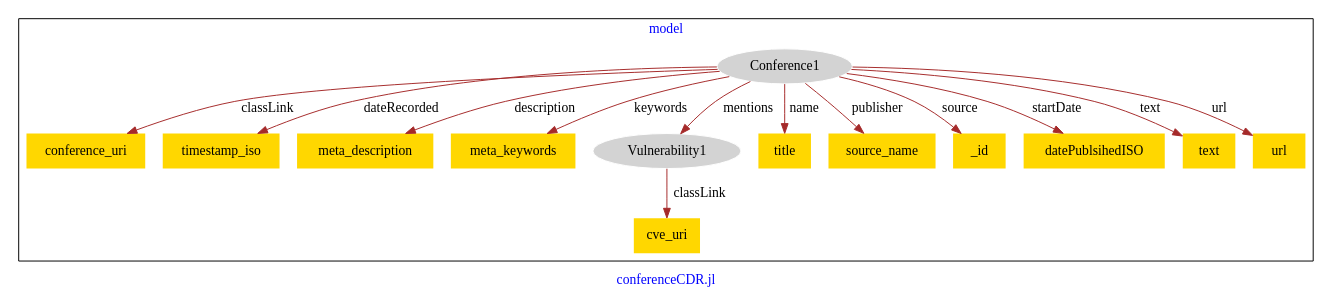
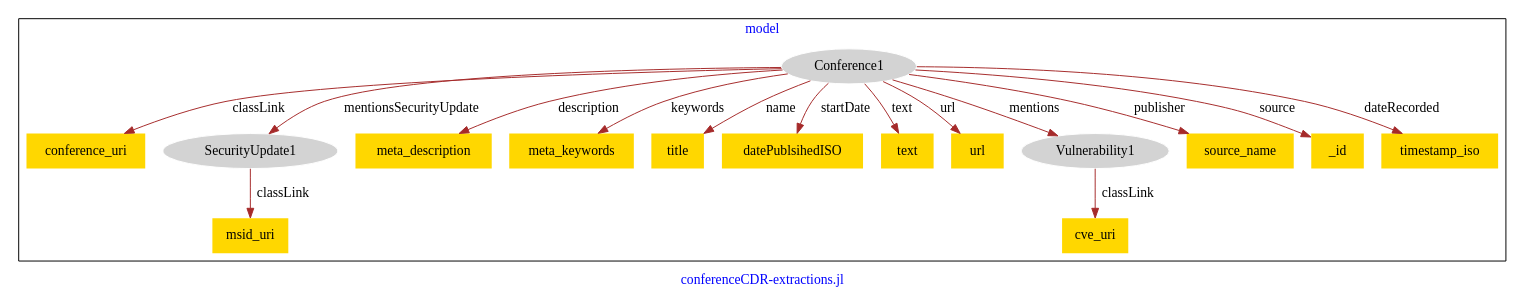
Before and after one commit to usc-isi-i2/effect-alignment: the diagram in models/hg-conference/conference-model.dot, drawn with Graphviz.

Commit message:
Update file conference-model.dot

```diff
--- a/models/hg-conference/conference-model.dot
+++ b/models/hg-conference/conference-model.dot
@@ -1,33 +1,37 @@
 digraph n0 {
 fontcolor="blue"
 remincross="true"
-label="conferenceCDR.jl"
+label="conferenceCDR-extractions.jl"
 subgraph cluster {
 label="model"
 n2[style="filled",color="white",fillcolor="lightgray",label="Conference1"];
 n3[shape="plaintext",style="filled",fillcolor="gold",label="conference_uri"];
-n4[shape="plaintext",style="filled",fillcolor="gold",label="timestamp_iso"];
+n4[style="filled",color="white",fillcolor="lightgray",label="SecurityUpdate1"];
 n5[shape="plaintext",style="filled",fillcolor="gold",label="meta_description"];
 n6[shape="plaintext",style="filled",fillcolor="gold",label="meta_keywords"];
-n7[style="filled",color="white",fillcolor="lightgray",label="Vulnerability1"];
-n8[shape="plaintext",style="filled",fillcolor="gold",label="title"];
-n9[shape="plaintext",style="filled",fillcolor="gold",label="source_name"];
-n10[shape="plaintext",style="filled",fillcolor="gold",label="_id"];
-n11[shape="plaintext",style="filled",fillcolor="gold",label="datePublsihedISO"];
-n12[shape="plaintext",style="filled",fillcolor="gold",label="text"];
-n13[shape="plaintext",style="filled",fillcolor="gold",label="url"];
-n14[shape="plaintext",style="filled",fillcolor="gold",label="cve_uri"];
+n7[shape="plaintext",style="filled",fillcolor="gold",label="title"];
+n8[shape="plaintext",style="filled",fillcolor="gold",label="datePublsihedISO"];
+n9[shape="plaintext",style="filled",fillcolor="gold",label="text"];
+n10[shape="plaintext",style="filled",fillcolor="gold",label="url"];
+n11[shape="plaintext",style="filled",fillcolor="gold",label="msid_uri"];
+n12[style="filled",color="white",fillcolor="lightgray",label="Vulnerability1"];
+n13[shape="plaintext",style="filled",fillcolor="gold",label="cve_uri"];
+n14[shape="plaintext",style="filled",fillcolor="gold",label="source_name"];
+n15[shape="plaintext",style="filled",fillcolor="gold",label="_id"];
+n16[shape="plaintext",style="filled",fillcolor="gold",label="timestamp_iso"];
 }
 n2 -> n3[color="brown",fontcolor="black",label="classLink"]
-n2 -> n4[color="brown",fontcolor="black",label="dateRecorded"]
+n2 -> n4[color="brown",fontcolor="black",label="mentionsSecurityUpdate"]
 n2 -> n5[color="brown",fontcolor="black",label="description"]
 n2 -> n6[color="brown",fontcolor="black",label="keywords"]
-n2 -> n7[color="brown",fontcolor="black",label="mentions"]
-n2 -> n8[color="brown",fontcolor="black",label="name"]
-n2 -> n9[color="brown",fontcolor="black",label="publisher"]
-n2 -> n10[color="brown",fontcolor="black",label="source"]
-n2 -> n11[color="brown",fontcolor="black",label="startDate"]
-n2 -> n12[color="brown",fontcolor="black",label="text"]
-n2 -> n13[color="brown",fontcolor="black",label="url"]
-n7 -> n14[color="brown",fontcolor="black",label="classLink"]
+n2 -> n7[color="brown",fontcolor="black",label="name"]
+n2 -> n8[color="brown",fontcolor="black",label="startDate"]
+n2 -> n9[color="brown",fontcolor="black",label="text"]
+n2 -> n10[color="brown",fontcolor="black",label="url"]
+n4 -> n11[color="brown",fontcolor="black",label="classLink"]
+n12 -> n13[color="brown",fontcolor="black",label="classLink"]
+n2 -> n14[color="brown",fontcolor="black",label="publisher"]
+n2 -> n12[color="brown",fontcolor="black",label="mentions"]
+n2 -> n15[color="brown",fontcolor="black",label="source"]
+n2 -> n16[color="brown",fontcolor="black",label="dateRecorded"]
 }
```
